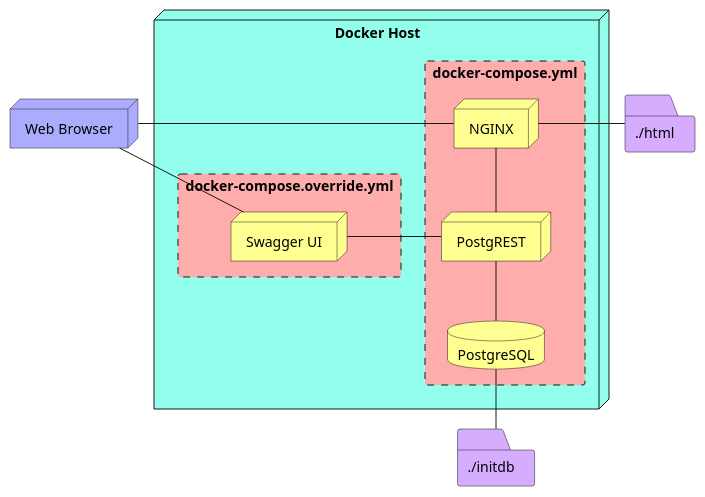
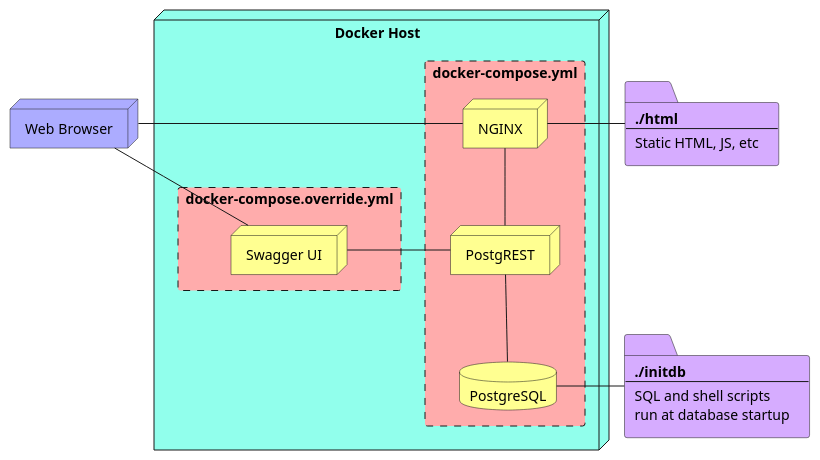
Before and after one commit to mattddowney/compose-postgrest: the diagram in diagrams/deployment-diagram.pu, drawn with PlantUML. The commit also changed 1 other file, not shown here.

Commit message:
update deployment diagram

```diff
--- a/diagrams/deployment-diagram.pu
+++ b/diagrams/deployment-diagram.pu
@@ -1,44 +1,54 @@
 @startuml
 
 skinparam rectangle {
     BorderStyle dashed
     BackgroundColor #FFACAC
 }
 
 skinparam node {
     BackgroundColor #FFFF91
 }
 
 skinparam folder {
     BackgroundColor #D6ACFF
 }
 
 node "Web Browser" as client #ACACFF
 
 node "Docker Host" as docker_host #91FFEC {
     rectangle "docker-compose.yml" as docker_compose_yml {
         database "PostgreSQL" as postgres #FFFF91
         node "PostgREST" as postgrest
         node "NGINX" as nginx
     }
 
     rectangle "docker-compose.override.yml" as docker_compose_override_yml {
         node "Swagger UI" as swagger_ui
     }
 }
 
-folder "./html" as html
-folder "./initdb" as initdb
+folder html [
+    <b>./html</b>
+    ---
+    Static HTML, JS, etc
+]
+
+folder initdb [
+    <b>./initdb</b>
+    ---
+    SQL and shell scripts
+    run at database startup
+]
 
 client -right- nginx
 client -right- swagger_ui
 
 nginx -- postgrest
 postgrest -- postgres
 
 postgrest -left- swagger_ui
 
 nginx -right- html
-postgres -- initdb
+postgres -right- initdb
 
 @enduml
```
